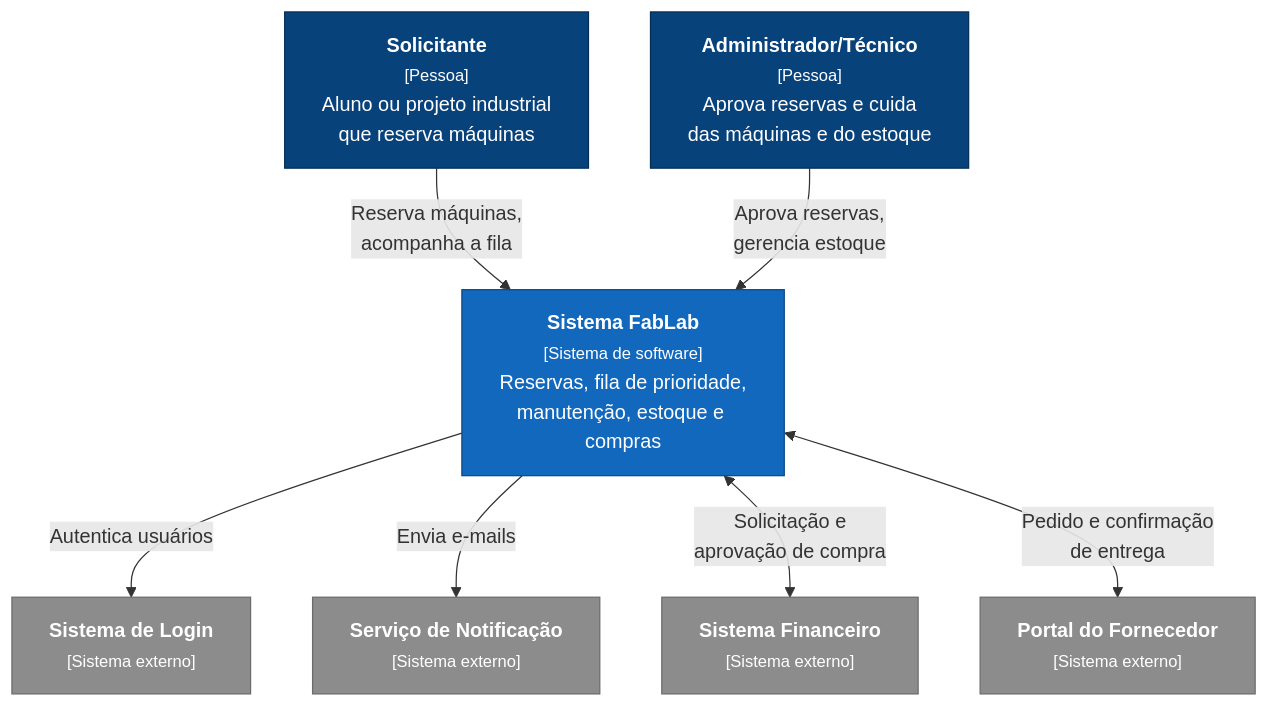
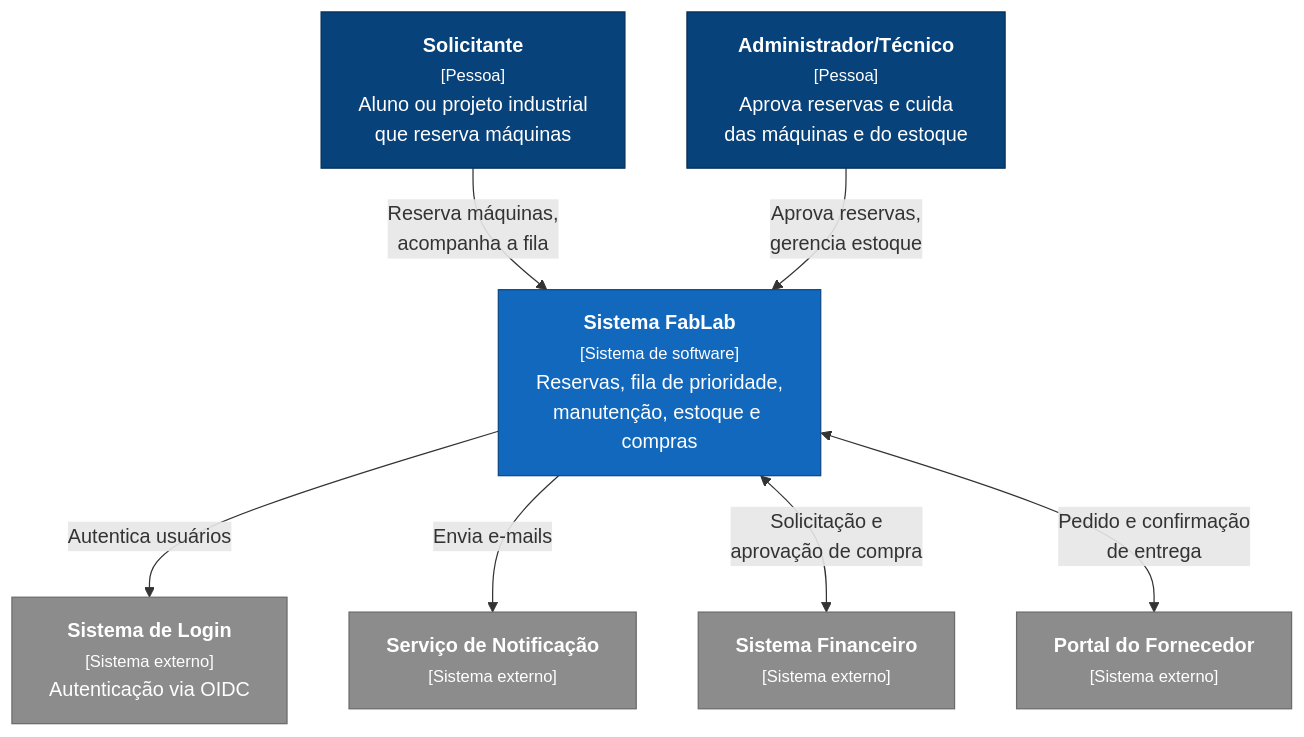
One commit to MateusM312/model-storming-fablab changed the diagram in docs/architecture/c4-contexto-visual.mmd. Above: the diagram before and after it, drawn with Mermaid. The commit also changed 1 other file, not shown here.

```diff
--- a/docs/architecture/c4-contexto-visual.mmd
+++ b/docs/architecture/c4-contexto-visual.mmd
@@ -1,22 +1,22 @@
 flowchart TB
     classDef pessoa fill:#08427b,stroke:#052e56,color:#fff
     classDef sistema fill:#1168bd,stroke:#0b4884,color:#fff
     classDef externo fill:#8c8c8c,stroke:#6b6b6b,color:#fff
 
     sol["<b>Solicitante</b><br/><small>[Pessoa]</small><br/>Aluno ou projeto industrial<br/>que reserva máquinas"]:::pessoa
     adm["<b>Administrador/Técnico</b><br/><small>[Pessoa]</small><br/>Aprova reservas e cuida<br/>das máquinas e do estoque"]:::pessoa
 
     fab["<b>Sistema FabLab</b><br/><small>[Sistema de software]</small><br/>Reservas, fila de prioridade,<br/>manutenção, estoque e compras"]:::sistema
 
-    login["<b>Sistema de Login</b><br/><small>[Sistema externo]</small>"]:::externo
+    login["<b>Sistema de Login</b><br/><small>[Sistema externo]</small><br/>Autenticação via OIDC"]:::externo
     notif["<b>Serviço de Notificação</b><br/><small>[Sistema externo]</small>"]:::externo
     fin["<b>Sistema Financeiro</b><br/><small>[Sistema externo]</small>"]:::externo
     forn["<b>Portal do Fornecedor</b><br/><small>[Sistema externo]</small>"]:::externo
 
     sol -- "Reserva máquinas,<br/>acompanha a fila" --> fab
     adm -- "Aprova reservas,<br/>gerencia estoque" --> fab
 
     fab -- "Autentica usuários" --> login
     fab -- "Envia e-mails" --> notif
     fab <-- "Solicitação e<br/>aprovação de compra" --> fin
     fab <-- "Pedido e confirmação<br/>de entrega" --> forn
```
